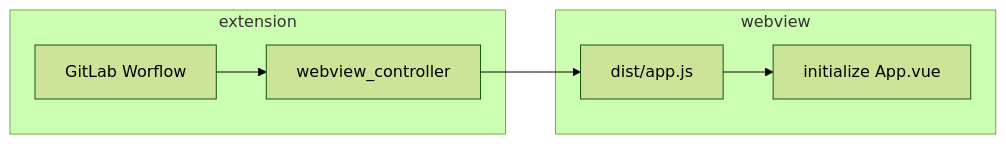
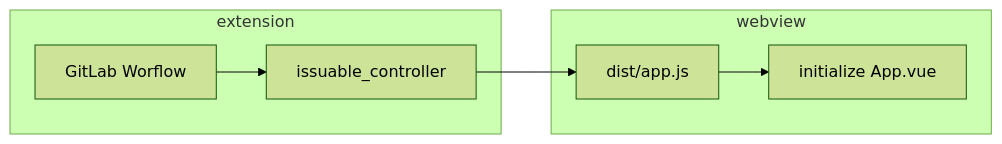
One commit to tranphucbol/review-for-gitlab changed the diagram in docs/developer/architecture.md. Above: the diagram before and after it, drawn with Mermaid (forest theme). The commit also changed other lines of this file and 4 other files, not shown here.

Commit message:
refactor: renamed webview_controller to issuable_controller

````diff
--- a/docs/developer/architecture.md
+++ b/docs/developer/architecture.md
@@ -115,10 +115,10 @@
 ```mermaid
 graph LR;
 subgraph extension
-A[GitLab Worflow] --> B[webview_controller]
+A[GitLab Worflow] --> B[issuable_controller]
 end
 subgraph webview
 B --> C["dist/app.js"]
 C --> D[initialize App.vue]
 end
 ```
````
